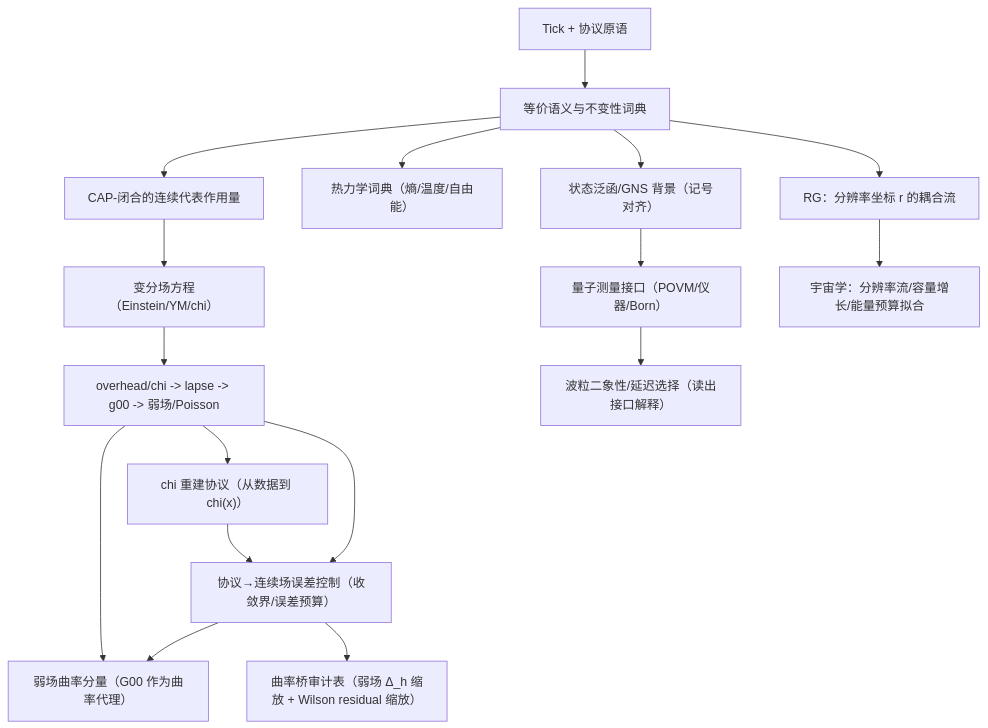
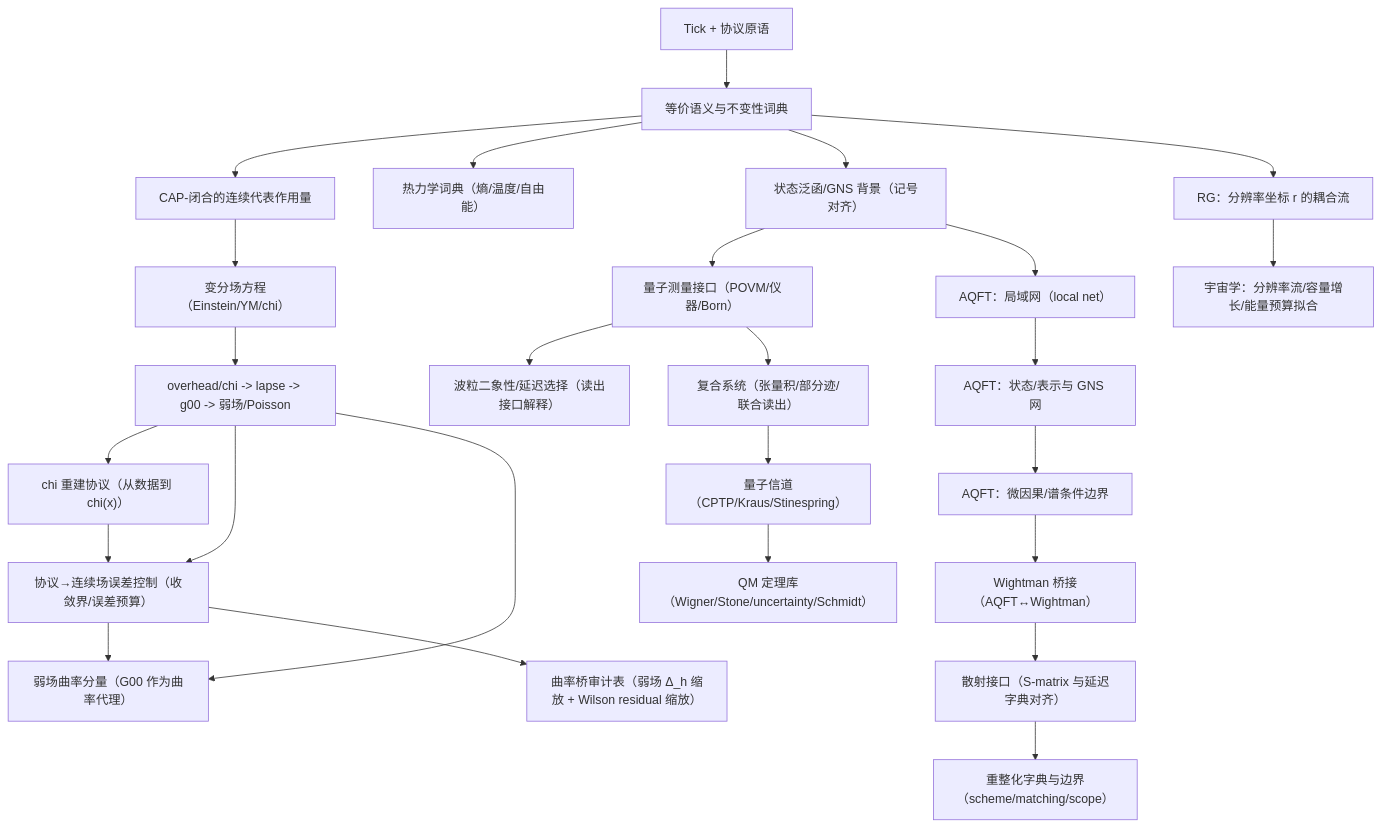
Before and after one commit to loning/the-omega: the diagram in docs/papers/2025_z128_standard_model_stable_sector_hpa_omega/theory_closure_tracker.md, drawn with Mermaid. The commit also changed other lines of this file and 1 other file, not shown here.

First line of the commit message:
Enhance architecture DAG and theory closure tracker with new quantum components

````diff
--- a/docs/papers/2025_z128_standard_model_stable_sector_hpa_omega/theory_closure_tracker.md
+++ b/docs/papers/2025_z128_standard_model_stable_sector_hpa_omega/theory_closure_tracker.md
@@ -44,19 +44,28 @@
 ```mermaid
 flowchart TD
   A["Tick + 协议原语"] --> B["等价语义与不变性词典"]
   B --> C["CAP-闭合的连续代表作用量"]
   C --> D["变分场方程（Einstein/YM/chi）"]
   B --> E["热力学词典（熵/温度/自由能）"]
   D --> F["overhead/chi -> lapse -> g00 -> 弱场/Poisson"]
   F --> G["chi 重建协议（从数据到 chi(x)）"]
   G --> K["协议→连续场误差控制（收敛界/误差预算）"]
   F --> K
   F --> L["弱场曲率分量（G00 作为曲率代理）"]
   K --> L
   K --> T["曲率桥审计表（弱场 Δ_h 缩放 + Wilson residual 缩放）"]
   B --> H0["状态泛函/GNS 背景（记号对齐）"]
   H0 --> H["量子测量接口（POVM/仪器/Born）"]
   H --> H2["波粒二象性/延迟选择（读出接口解释）"]
+  H --> H3["复合系统（张量积/部分迹/联合读出）"]
+  H3 --> H4["量子信道（CPTP/Kraus/Stinespring）"]
+  H4 --> H5["QM 定理库（Wigner/Stone/uncertainty/Schmidt）"]
+  H0 --> Q1["AQFT：局域网（local net）"]
+  Q1 --> Q2["AQFT：状态/表示与 GNS 网"]
+  Q2 --> Q3["AQFT：微因果/谱条件边界"]
+  Q3 --> Q4["Wightman 桥接（AQFT↔Wightman）"]
+  Q4 --> Q5["散射接口（S-matrix 与延迟字典对齐）"]
+  Q5 --> Q6["重整化字典与边界（scheme/matching/scope）"]
   B --> I["RG：分辨率坐标 r 的耦合流"]
   I --> J["宇宙学：分辨率流/容量增长/能量预算拟合"]
 ```
````
